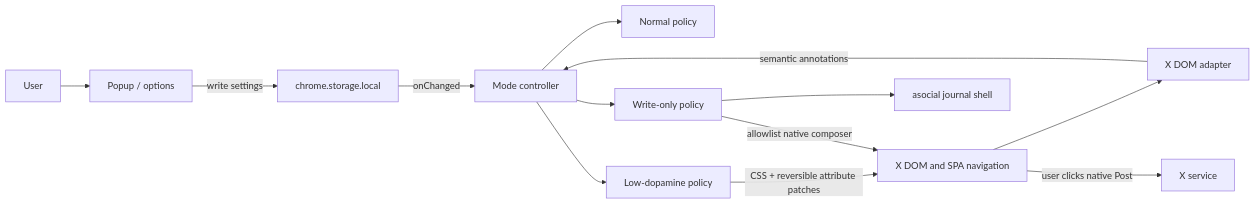
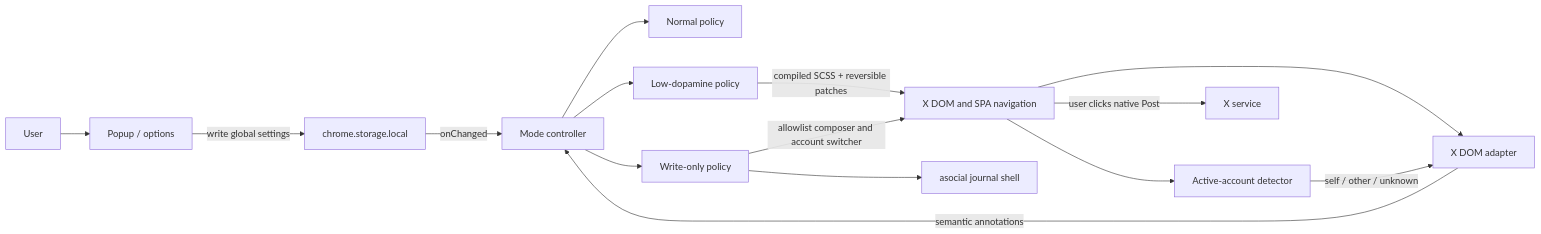
Before and after one commit to cryptofelon/asocial: the diagram in docs/ARCHITECTURE.md, drawn with Mermaid. The commit also changed other lines of this file and 1 other file, not shown here.

````diff
--- a/docs/ARCHITECTURE.md
+++ b/docs/ARCHITECTURE.md
@@ -136,15 +200,17 @@
 ```mermaid
 flowchart LR
   User[User] --> Popup[Popup / options]
-  Popup -->|write settings| Storage[chrome.storage.local]
+  Popup -->|write global settings| Storage[chrome.storage.local]
   Storage -->|onChanged| Controller[Mode controller]
-  X[X DOM and SPA navigation] --> Adapter[X DOM adapter]
+  X[X DOM and SPA navigation] --> Identity[Active-account detector]
+  X --> Adapter[X DOM adapter]
+  Identity -->|self / other / unknown| Adapter
   Adapter -->|semantic annotations| Controller
   Controller --> Normal[Normal policy]
   Controller --> Low[Low-dopamine policy]
   Controller --> Write[Write-only policy]
-  Low -->|CSS + reversible attribute patches| X
+  Low -->|compiled SCSS + reversible patches| X
   Write --> Shell[asocial journal shell]
-  Write -->|allowlist native composer| X
+  Write -->|allowlist composer and account switcher| X
   X -->|user clicks native Post| XService[X service]
 ```
````
